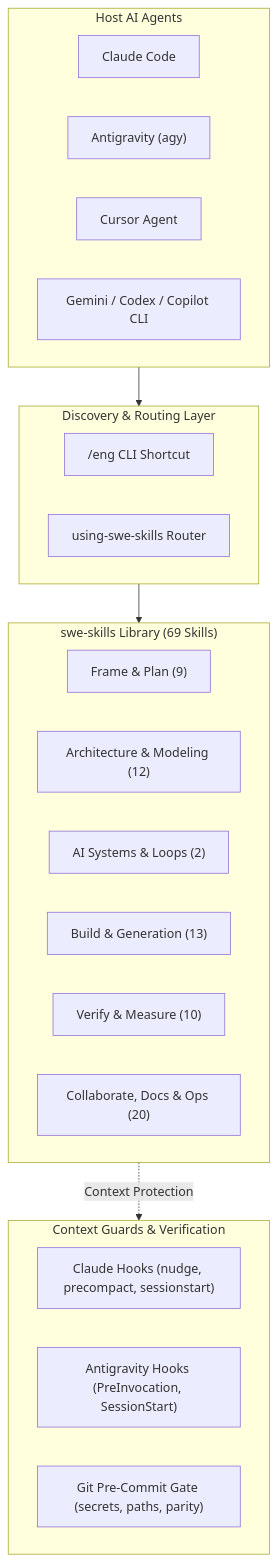
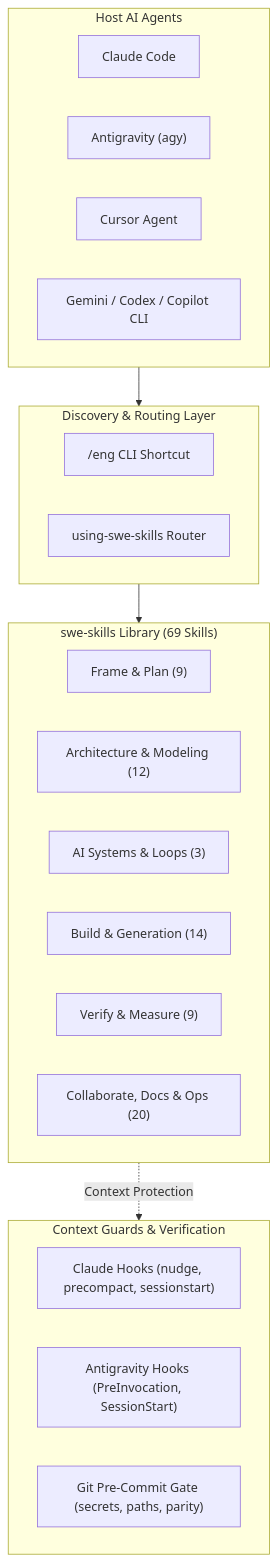
One commit to bsommers/swe-skills-2 changed the diagram in docs/usermanual/README.md. Above: the diagram before and after it, drawn with Mermaid. The commit also changed 4 other files, not shown here.

Commit message:
docs: align architecture group counts to the 69-skill total

````diff
--- a/docs/usermanual/README.md
+++ b/docs/usermanual/README.md
@@ -36,33 +36,33 @@
 ```mermaid
 flowchart TD
     subgraph AgentHosts["Host AI Agents"]
         Claude["Claude Code"]
         Agy["Antigravity (agy)"]
         Cursor["Cursor Agent"]
         Other["Gemini / Codex / Copilot CLI"]
     end
 
     subgraph RouterLayer["Discovery & Routing Layer"]
         Eng["/eng CLI Shortcut"]
         UsingSwe["using-swe-skills Router"]
     end
 
     subgraph SkillSuite["swe-skills Library (69 Skills)"]
         Plan["Frame & Plan (9)"]
         Arch["Architecture & Modeling (12)"]
-        AI["AI Systems & Loops (2)"]
-        Build["Build & Generation (13)"]
-        Verify["Verify & Measure (10)"]
+        AI["AI Systems & Loops (3)"]
+        Build["Build & Generation (14)"]
+        Verify["Verify & Measure (9)"]
         Ops["Collaborate, Docs & Ops (20)"]
     end
 
     subgraph RuntimeHooks["Context Guards & Verification"]
         ClaudeHooks["Claude Hooks (nudge, precompact, sessionstart)"]
         AgyHooks["Antigravity Hooks (PreInvocation, SessionStart)"]
         GitHooks["Git Pre-Commit Gate (secrets, paths, parity)"]
     end
 
     AgentHosts --> RouterLayer
     RouterLayer --> SkillSuite
     SkillSuite -. Context Protection .-> RuntimeHooks
 ```
````
